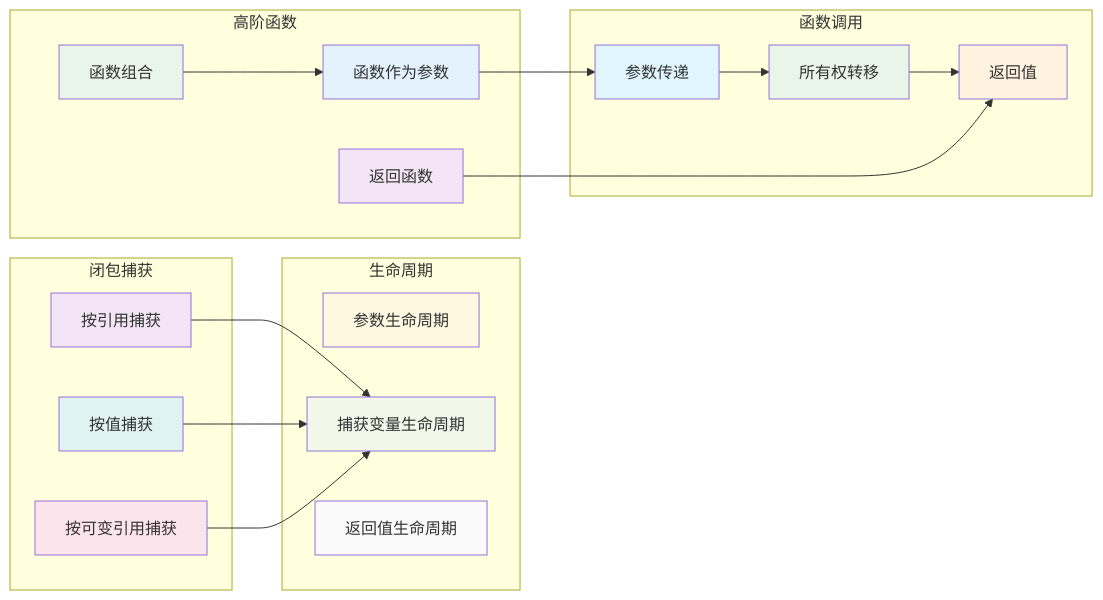
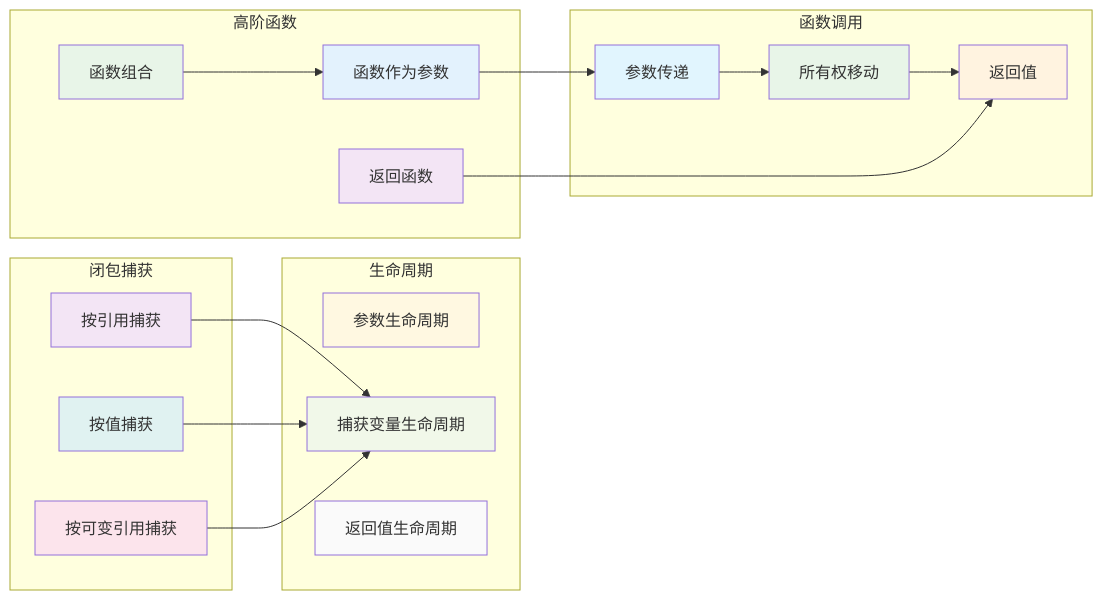
Before and after one commit to martin-ly/rust-lang: the second of 2 diagrams in formal_rust/refactor/01_core_theory/01_variable_system/05_function_ownership_interaction.md, drawn with Mermaid. The commit also changed other lines of this file and 5740 other files, not shown here.

````diff
--- a/formal_rust/refactor/01_core_theory/01_variable_system/05_function_ownership_interaction.md
+++ b/formal_rust/refactor/01_core_theory/01_variable_system/05_function_ownership_interaction.md
@@ -287,48 +287,48 @@
 ```mermaid
 graph LR
     subgraph "函数调用"
         A1[参数传递]
-        A2[所有权转移]
+        A2[所有权移动]
         A3[返回值]
     end
     
     subgraph "闭包捕获"
         B1[按引用捕获]
         B2[按值捕获]
         B3[按可变引用捕获]
     end
     
     subgraph "生命周期"
         C1[参数生命周期]
         C2[捕获变量生命周期]
         C3[返回值生命周期]
     end
     
     subgraph "高阶函数"
         D1[函数作为参数]
         D2[返回函数]
         D3[函数组合]
     end
     
     A1 --> A2
     A2 --> A3
     B1 --> C2
     B2 --> C2
     B3 --> C2
     D1 --> A1
     D2 --> A3
     D3 --> D1
     
     style A1 fill:#e1f5fe
     style A2 fill:#e8f5e8
     style A3 fill:#fff3e0
     style B1 fill:#f3e5f5
     style B2 fill:#e0f2f1
     style B3 fill:#fce4ec
     style C1 fill:#fff8e1
     style C2 fill:#f1f8e9
     style C3 fill:#fafafa
     style D1 fill:#e3f2fd
     style D2 fill:#f3e5f5
     style D3 fill:#e8f5e8
 ```
````
